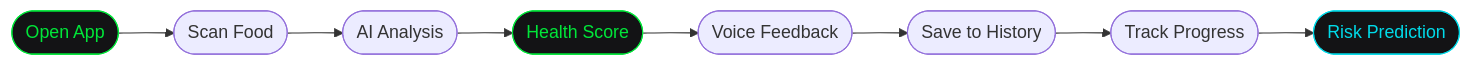
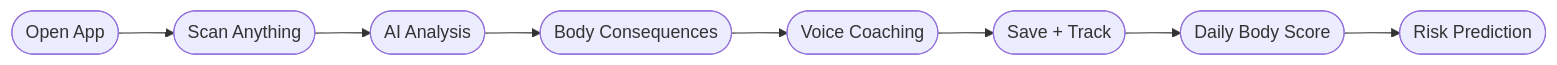
One commit to susantedit/scanandsee-Idea1- changed the first of 2 diagrams in README.md. Above: the diagram before and after it, drawn with Mermaid. The commit also changed other lines of this file and 37 other files, not shown here.

````diff
--- a/README.md
+++ b/README.md
@@ -87,14 +61,10 @@
 ```mermaid
 flowchart LR
-    A([Open App]) --> B([Scan Food])
+    A([Open App]) --> B([Scan Anything])
     B --> C([AI Analysis])
-    C --> D([Health Score])
-    D --> E([Voice Feedback])
-    E --> F([Save to History])
-    F --> G([Track Progress])
+    C --> D([Body Consequences])
+    D --> E([Voice Coaching])
+    E --> F([Save + Track])
+    F --> G([Daily Body Score])
     G --> H([Risk Prediction])
-
-    style A fill:#131315,stroke:#00e639,color:#00e639
-    style D fill:#131315,stroke:#00e639,color:#00e639
-    style H fill:#131315,stroke:#00dbe9,color:#00dbe9
 ```
````
